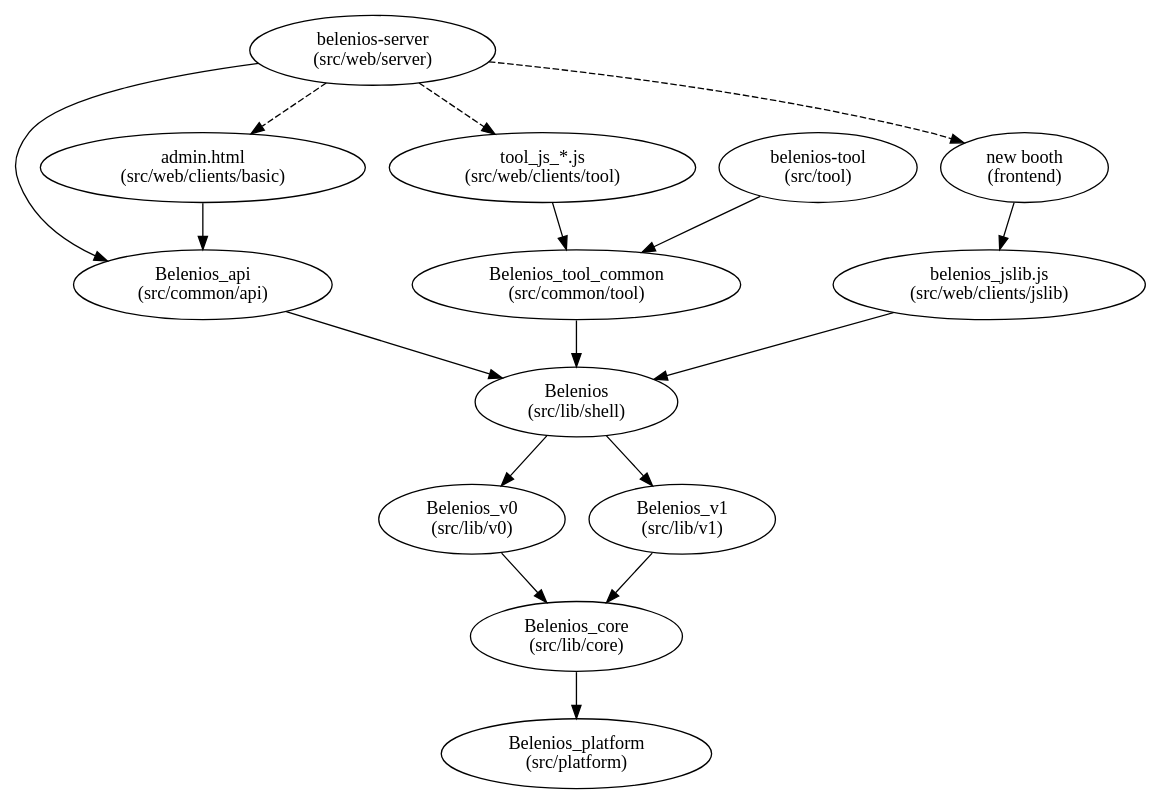
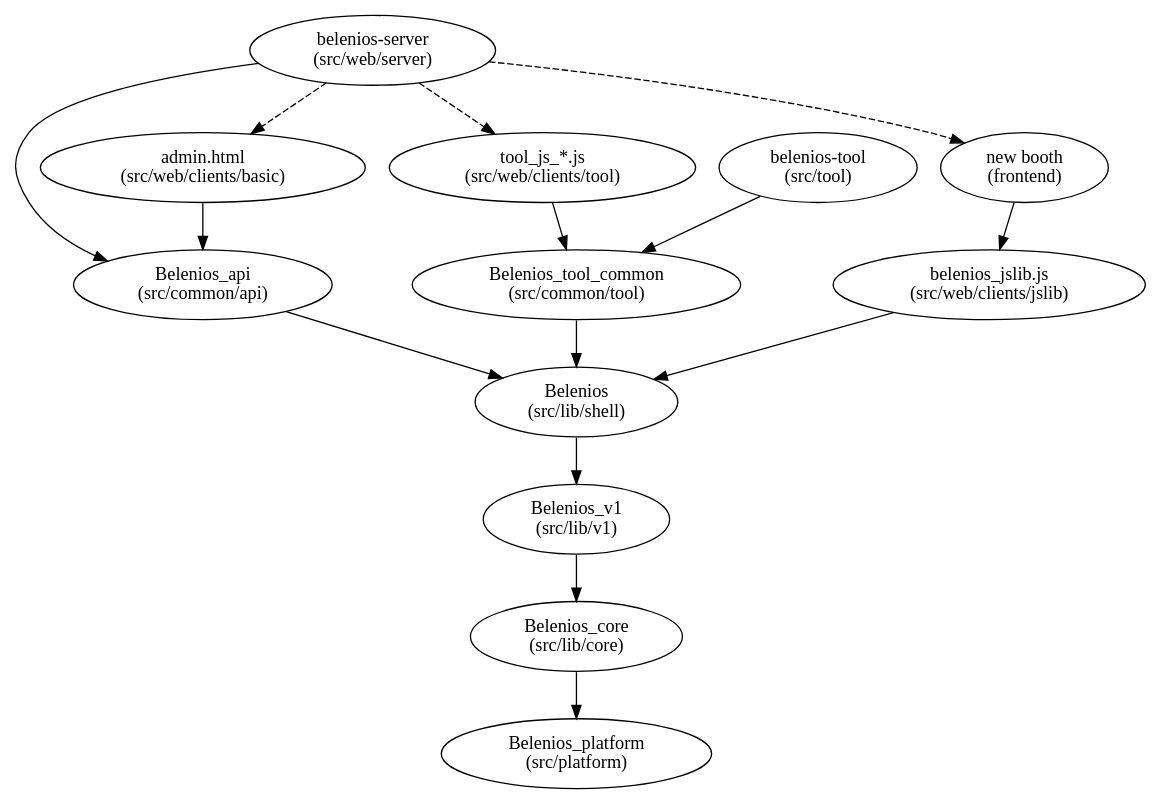
Before and after one commit to glondu/belenios: the diagram in doc/components.dot, drawn with Graphviz. The commit also changed 19 other files, not shown here.

```diff
--- a/doc/components.dot
+++ b/doc/components.dot
@@ -1,31 +1,28 @@
 digraph components {
     Belenios_platform [label="Belenios_platform\n(src/platform)"];
     Belenios_core [label="Belenios_core\n(src/lib/core)"];
-    Belenios_v0 [label="Belenios_v0\n(src/lib/v0)"];
     Belenios_v1 [label="Belenios_v1\n(src/lib/v1)"];
     Belenios [label="Belenios\n(src/lib/shell)"];
     Belenios_api [label="Belenios_api\n(src/common/api)"];
     Belenios_tool_common [label="Belenios_tool_common\n(src/common/tool)"];
     "belenios-server" [label="belenios-server\n(src/web/server)"];
     "belenios-tool" [label="belenios-tool\n(src/tool)"];
     "belenios_jslib.js" [label="belenios_jslib.js\n(src/web/clients/jslib)"];
     "tool_js_*.js" [label="tool_js_*.js\n(src/web/clients/tool)"];
     "admin.html" [label="admin.html\n(src/web/clients/basic)"];
     "new booth" [label="new booth\n(frontend)"];
     Belenios_core -> Belenios_platform;
-    Belenios -> Belenios_v0;
     Belenios -> Belenios_v1;
-    Belenios_v0 -> Belenios_core;
     Belenios_v1 -> Belenios_core;
     Belenios_tool_common -> Belenios;
     Belenios_api -> Belenios;
     "belenios-tool" -> Belenios_tool_common;
     "admin.html" -> Belenios_api;
     "tool_js_*.js" -> Belenios_tool_common;
     "belenios_jslib.js" -> Belenios;
     "belenios-server" -> Belenios_api;
     "new booth" -> "belenios_jslib.js";
     "belenios-server" -> "tool_js_*.js" [style=dashed];
     "belenios-server" -> "admin.html" [style=dashed];
     "belenios-server" -> "new booth" [style=dashed];
 }
```
